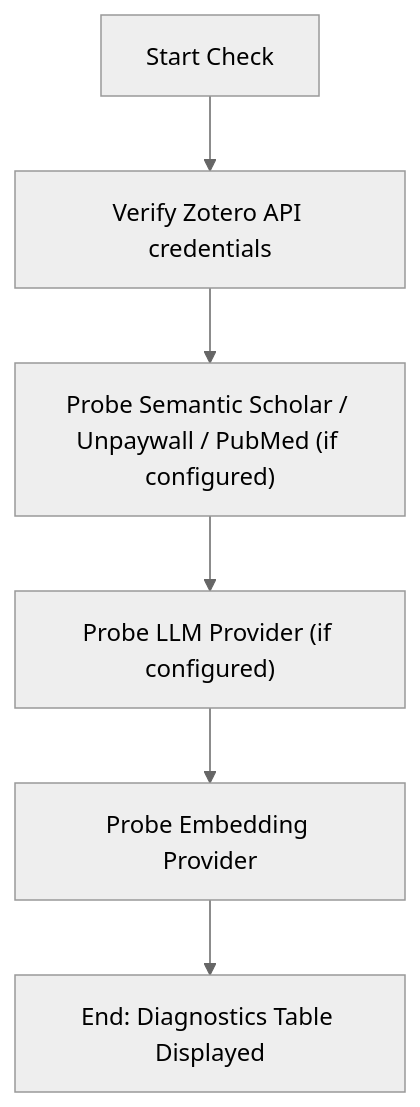
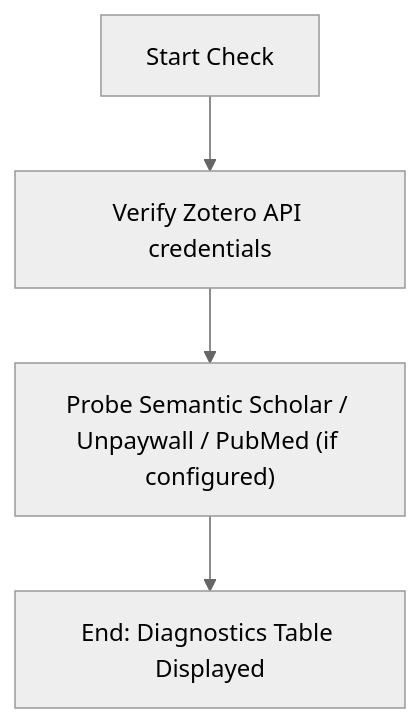
Before and after one commit to fchicout/zotero-cli: the diagram in docs/help_specs/system_check.md, drawn with Mermaid (neutral theme). The commit also changed other lines of this file and 268 other files, not shown here.

````diff
--- a/docs/help_specs/system_check.md
+++ b/docs/help_specs/system_check.md
@@ -8,8 +8,6 @@
 ```mermaid
 graph TD
     A["Start Check"] --> B["Verify Zotero API credentials"]
     B --> C["Probe Semantic Scholar / Unpaywall / PubMed (if configured)"]
-    C --> D["Probe LLM Provider (if configured)"]
-    D --> E["Probe Embedding Provider"]
-    E --> F["End: Diagnostics Table Displayed"]
+    C --> F["End: Diagnostics Table Displayed"]
 ```
````
